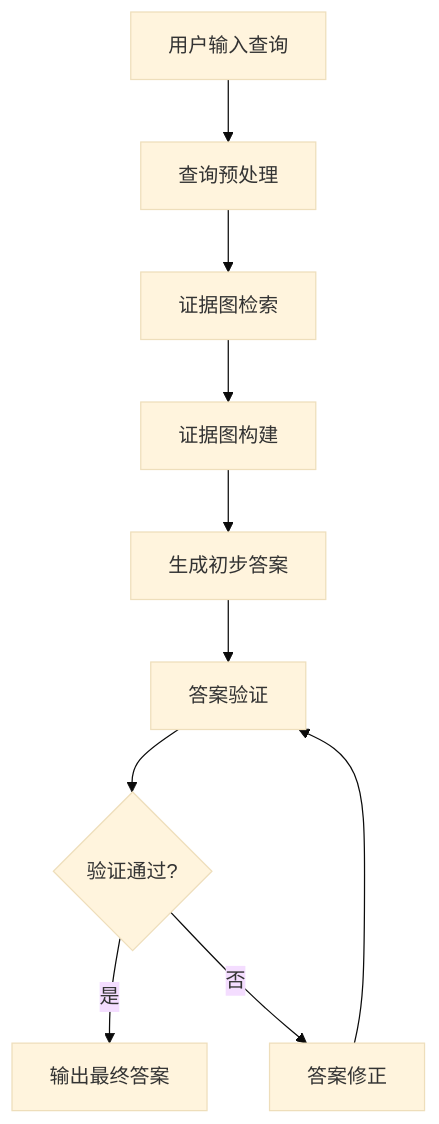
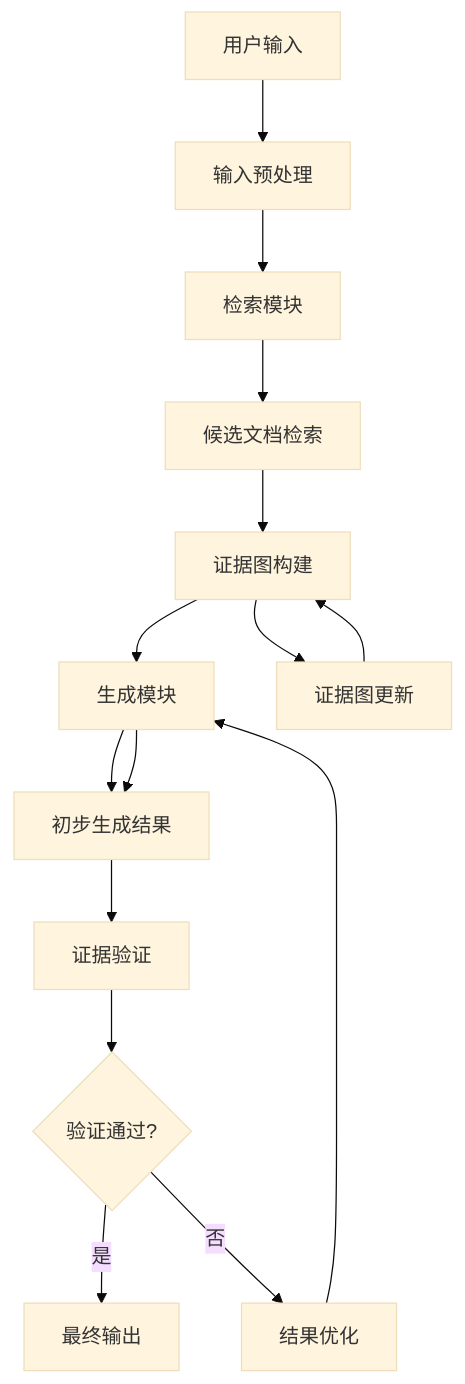
Before and after one commit to valkryhx/patent_agents: the diagram in output/progress/以证据图增强的rag系统_ada191f4/05_desc_B_生成与验证流程.md, drawn with Mermaid (base theme). The commit also changed other lines of this file and 8 other files, not shown here.

````diff
--- a/output/progress/以证据图增强的rag系统_ada191f4/05_desc_B_生成与验证流程.md
+++ b/output/progress/以证据图增强的rag系统_ada191f4/05_desc_B_生成与验证流程.md
@@ -13,12 +11,17 @@
 ```mermaid
 graph TD
-    A[用户输入查询] --> B[查询预处理]
-    B --> C[证据图检索]
-    C --> D[证据图构建]
-    D --> E[生成初步答案]
-    E --> F[答案验证]
-    F --> G{验证通过?}
-    G -- 是 --> H[输出最终答案]
-    G -- 否 --> I[答案修正]
-    I --> F
+    A[用户输入] --> B[输入预处理]
+    B --> C[检索模块]
+    C --> D[候选文档检索]
+    D --> E[证据图构建]
+    E --> F[生成模块]
+    F --> G[初步生成结果]
+    G --> H[证据验证]
+    H --> I{验证通过?}
+    I -- 是 --> J[最终输出]
+    I -- 否 --> K[结果优化]
+    K --> F
+    F --> G
+    E --> L[证据图更新]
+    L --> E
 ```
````
